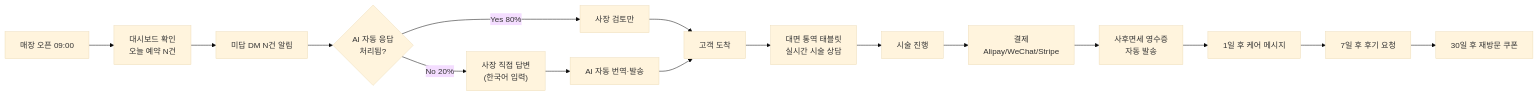
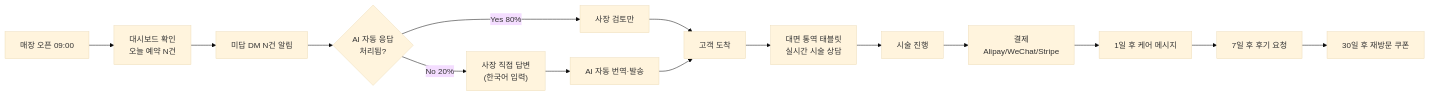
Before and after one commit to jaydenjoo/hesya: the second of 5 diagrams in docs/PRD.md, drawn with Mermaid (base theme). The commit also changed other lines of this file and 1 other file, not shown here.

````diff
--- a/docs/PRD.md
+++ b/docs/PRD.md
@@ -388,18 +390,17 @@
 ```mermaid
 flowchart LR
     A["매장 오픈 09:00"] --> B["대시보드 확인<br/>오늘 예약 N건"]
     B --> C["미답 DM N건 알림"]
     C --> D{"AI 자동 응답<br/>처리됨?"}
     D -->|Yes 80%| E["사장 검토만"]
     D -->|No 20%| F["사장 직접 답변<br/>(한국어 입력)"]
     F --> G["AI 자동 번역·발송"]
     E --> H["고객 도착"]
     G --> H
     H --> I["대면 통역 태블릿<br/>실시간 시술 상담"]
     I --> J["시술 진행"]
     J --> K["결제<br/>Alipay/WeChat/Stripe"]
-    K --> L["사후면세 영수증<br/>자동 발송"]
-    L --> M["1일 후 케어 메시지"]
-    M --> N["7일 후 후기 요청"]
-    N --> O["30일 후 재방문 쿠폰"]
+    K --> L["1일 후 케어 메시지"]
+    L --> M["7일 후 후기 요청"]
+    M --> N["30일 후 재방문 쿠폰"]
 ```
````
